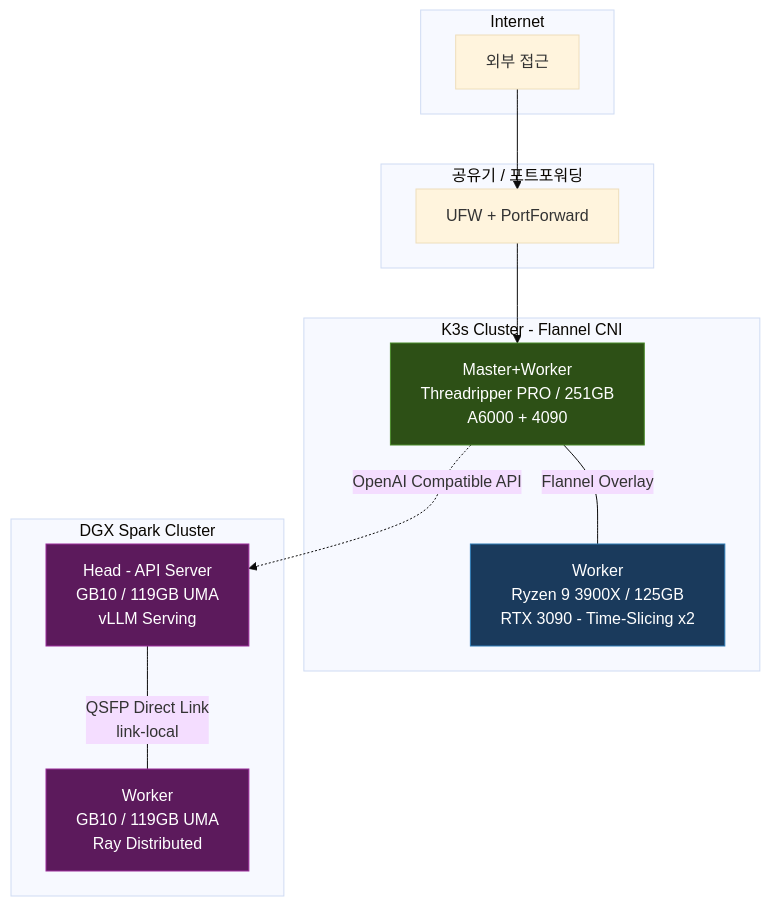
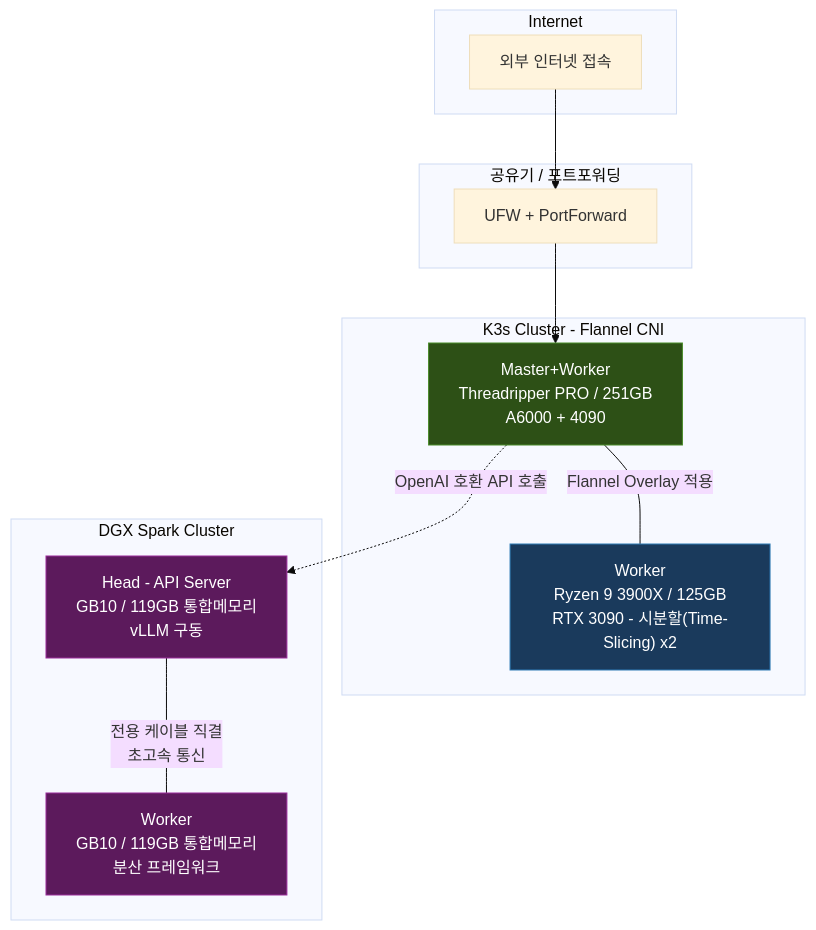
The diagram in _posts/2026-03-25-home-lab-architecture.md (whguswka/whguswka.github.io), drawn with Mermaid (base theme) before and after one commit. The commit also changed other lines of this file and 3 other files, not shown here.

````diff
--- a/_posts/2026-03-25-home-lab-architecture.md
+++ b/_posts/2026-03-25-home-lab-architecture.md
@@ -56,31 +56,31 @@
 ```mermaid
 graph TB
     subgraph Internet
-        EXT[외부 접근]
+        EXT["외부 인터넷 접속"]
     end
 
     subgraph Router["공유기 / 포트포워딩"]
-        FW[UFW + PortForward]
+        FW["UFW + PortForward"]
     end
 
     subgraph K3s["K3s Cluster - Flannel CNI"]
         M["Master+Worker<br/>Threadripper PRO / 251GB<br/>A6000 + 4090"]
-        W["Worker<br/>Ryzen 9 3900X / 125GB<br/>RTX 3090 - Time-Slicing x2"]
-        M --- |Flannel Overlay| W
+        W["Worker<br/>Ryzen 9 3900X / 125GB<br/>RTX 3090 - 시분할(Time-Slicing) x2"]
+        M --- |Flannel Overlay 적용| W
     end
 
     subgraph DGX["DGX Spark Cluster"]
-        H["Head - API Server<br/>GB10 / 119GB UMA<br/>vLLM Serving"]
-        WK["Worker<br/>GB10 / 119GB UMA<br/>Ray Distributed"]
-        H ---|QSFP Direct Link<br/>link-local| WK
+        H["Head - API Server<br/>GB10 / 119GB 통합메모리<br/>vLLM 구동"]
+        WK["Worker<br/>GB10 / 119GB 통합메모리<br/>분산 프레임워크"]
+        H ---|전용 케이블 직결<br/>초고속 통신| WK
     end
 
     EXT --> FW
     FW --> M
-    M -.->|OpenAI Compatible API| H
+    M -.->|OpenAI 호환 API 호출| H
 
     style M fill:#2d5016,stroke:#4a8c2a,color:#fff
     style W fill:#1a3a5c,stroke:#2e7bb5,color:#fff
     style H fill:#5c1a5c,stroke:#9b2d9b,color:#fff
     style WK fill:#5c1a5c,stroke:#9b2d9b,color:#fff
 ```
````
